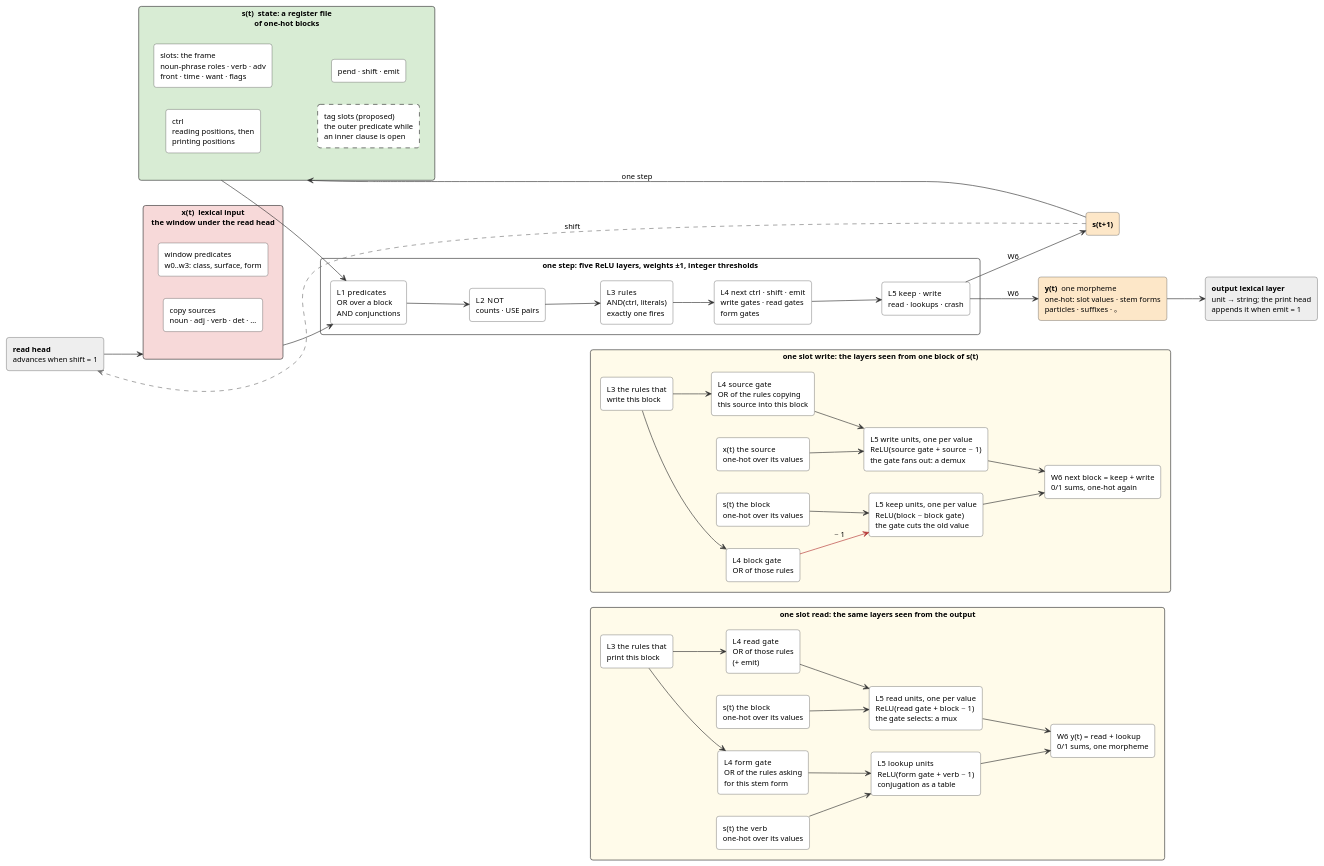
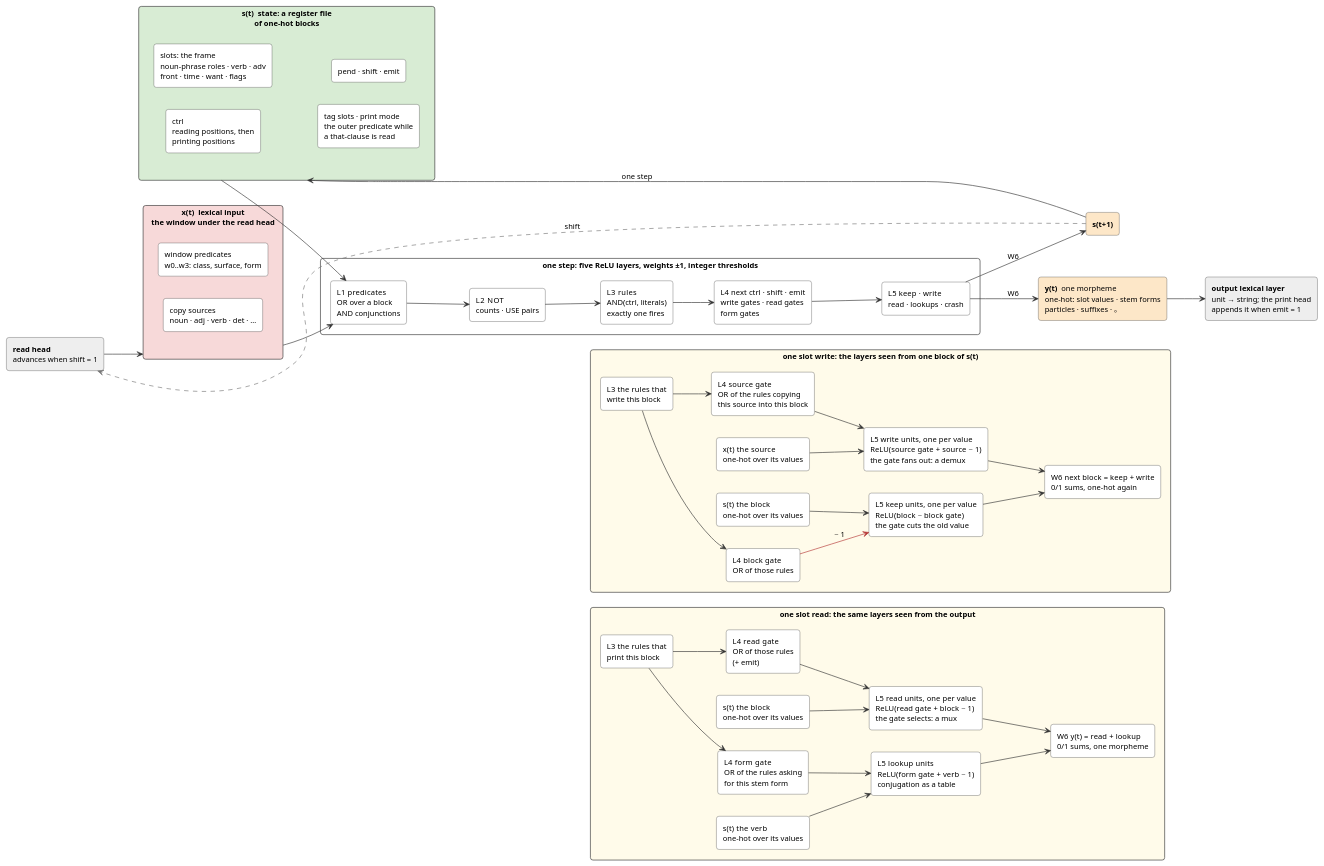
Before and after one commit to liuzix/RNNTranslator: the diagram in docs/cell.puml, drawn with PlantUML. The commit also changed 17 other files, not shown here.

```diff
--- a/docs/cell.puml
+++ b/docs/cell.puml
@@ -1,97 +1,97 @@
 @startuml cell
 ' The compiled cell as a recurrent network with two heads: a read head over the English (advanced by the shift unit) and a
 ' print head over the Japanese (advanced by the emit unit).  One state, one set of layers; reading rules consume a token
 ' and write slots, printing rules read slots and emit a token.  Below, one slot write and its mirror, one slot read.
-' The dashed box (the tag slots) is proposed, not built.  Rendered hermetically by `harness/render_diagram.py` with the PlantUML jar
-' pinned in docs/architecture.lock.json.
+' The tag slots hold the outer predicate while a that-clause is read in the same slots (parser_matrix.clause_flush_rules).
+' Rendered hermetically by `harness/render_diagram.py` with the PlantUML jar pinned in docs/architecture.lock.json.
 skinparam shadowing false
 skinparam defaultFontName sans-serif
 skinparam defaultFontSize 12
 skinparam ArrowColor #333333
 skinparam rectangle {
   BorderColor #333333
   BackgroundColor #FFFFFF
   RoundCorner 8
 }
 left to right direction
 
 rectangle "**x(t)**  lexical input\nthe window under the read head" as X #F7D9D9 {
   rectangle "window predicates\nw0..w3: class, surface, form" as XP
   rectangle "copy sources\nnoun · adj · verb · det · …" as XS
 }
 
 rectangle "**s(t)**  state: a register file\nof one-hot blocks" as S #D8ECD4 {
   rectangle "ctrl\nreading positions, then\nprinting positions" as CTRL
   rectangle "slots: the frame\nnoun-phrase roles · verb · adv\nfront · time · want · flags" as SLOTS
-  rectangle "tag slots (proposed)\nthe outer predicate while\nan inner clause is open" as TAGS #FFFFFF;line.dashed
+  rectangle "tag slots · print mode\nthe outer predicate while\na that-clause is read" as TAGS
   rectangle "pend · shift · emit" as PEND
 }
 
 rectangle "**one step**: five ReLU layers, weights ±1, integer thresholds" as STEP {
   rectangle "L1  predicates\nOR over a block\nAND conjunctions" as L1
   rectangle "L2  NOT\ncounts · USE pairs" as L2
   rectangle "L3  rules\nAND(ctrl, literals)\nexactly one fires" as L3
   rectangle "L4  next ctrl · shift · emit\nwrite gates · read gates\nform gates" as L4
   rectangle "L5  keep · write\nread · lookups · crash" as L5
 }
 
 rectangle "**s(t+1)**" as SN #FDE7C8
 rectangle "**y(t)**  one morpheme\none-hot: slot values · stem forms\nparticles · suffixes · 。" as Y #FDE7C8
 rectangle "**output lexical layer**\nunit → string; the print head\nappends it when emit = 1" as OUT #EEEEEE
 rectangle "**read head**\nadvances when shift = 1" as HEAD #EEEEEE
 
 rectangle "**one slot write**: the layers seen from one block of s(t)" as WRITE #FFFBEA {
   rectangle "L3  the rules that\nwrite this block" as RULE
   rectangle "x(t)  the source\none-hot over its values" as SRC
   rectangle "s(t)  the block\none-hot over its values" as OLD
   rectangle "L4  block gate\nOR of those rules" as GATE
   rectangle "L4  source gate\nOR of the rules copying\nthis source into this block" as GSRC
   rectangle "L5  write units, one per value\nReLU(source gate + source − 1)\nthe gate fans out: a demux" as ANDU
   rectangle "L5  keep units, one per value\nReLU(block − block gate)\nthe gate cuts the old value" as KEEP
   rectangle "W6  next block = keep + write\n0/1 sums, one-hot again" as NEXTB
   RULE --> GATE
   RULE --> GSRC
   GSRC --> ANDU
   GATE -[#B33333]-> KEEP : −1
   SRC --> ANDU
   OLD --> KEEP
   ANDU --> NEXTB
   KEEP --> NEXTB
 }
 
 rectangle "**one slot read**: the same layers seen from the output" as READ #FFFBEA {
   rectangle "L3  the rules that\nprint this block" as RRULE
   rectangle "s(t)  the block\none-hot over its values" as RBLK
   rectangle "s(t)  the verb\none-hot over its values" as RFLAGS
   rectangle "L4  read gate\nOR of those rules\n(+ emit)" as RGATE
   rectangle "L4  form gate\nOR of the rules asking\nfor this stem form" as RFORM
   rectangle "L5  read units, one per value\nReLU(read gate + block − 1)\nthe gate selects: a mux" as RAND
   rectangle "L5  lookup units\nReLU(form gate + verb − 1)\nconjugation as a table" as RLOOK
   rectangle "W6  y(t) = read + lookup\n0/1 sums, one morpheme" as YTOK
   RRULE --> RGATE
   RRULE --> RFORM
   RBLK --> RAND
   RGATE --> RAND
   RFLAGS --> RLOOK
   RFORM --> RLOOK
   RAND --> YTOK
   RLOOK --> YTOK
 }
 
 HEAD --> X
 X --> L1
 S --> L1
 L1 --> L2
 L2 --> L3
 L3 --> L4
 L4 --> L5
 L5 --> SN : W6
 L5 --> Y : W6
 SN --> S : one step
 Y --> OUT
 SN .[#777777,norank].> HEAD : shift
 
 ' the insets' columns line up with the layers they zoom into
 L2 -[hidden]-> RULE
 L2 -[hidden]-> RRULE
 @enduml
```
